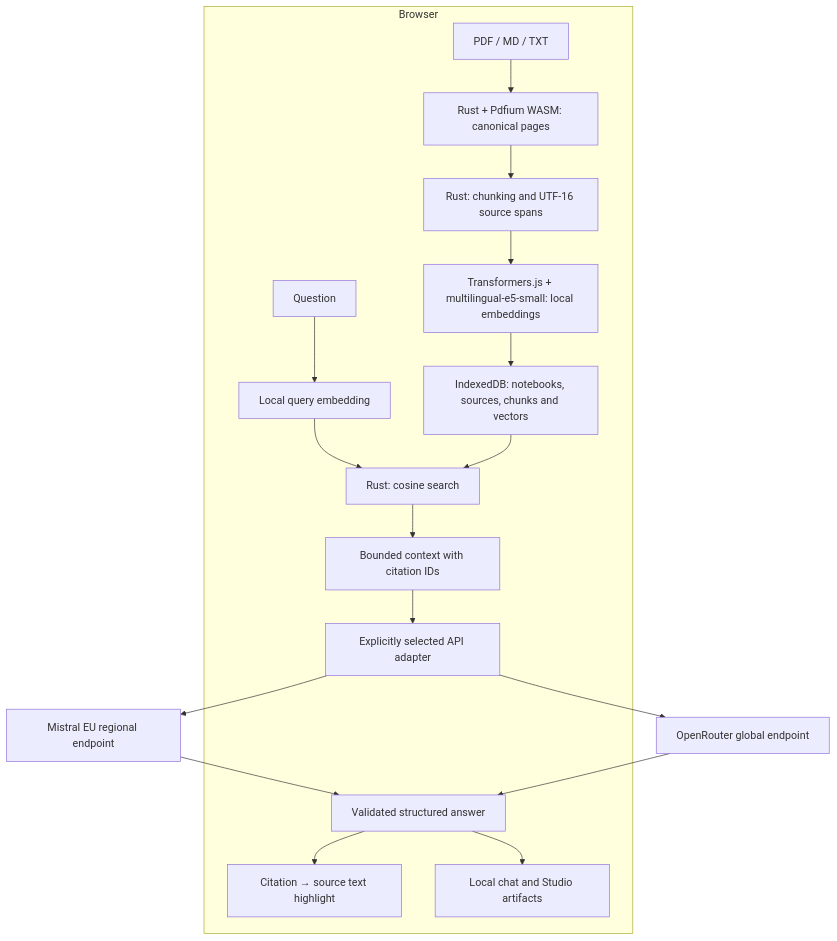
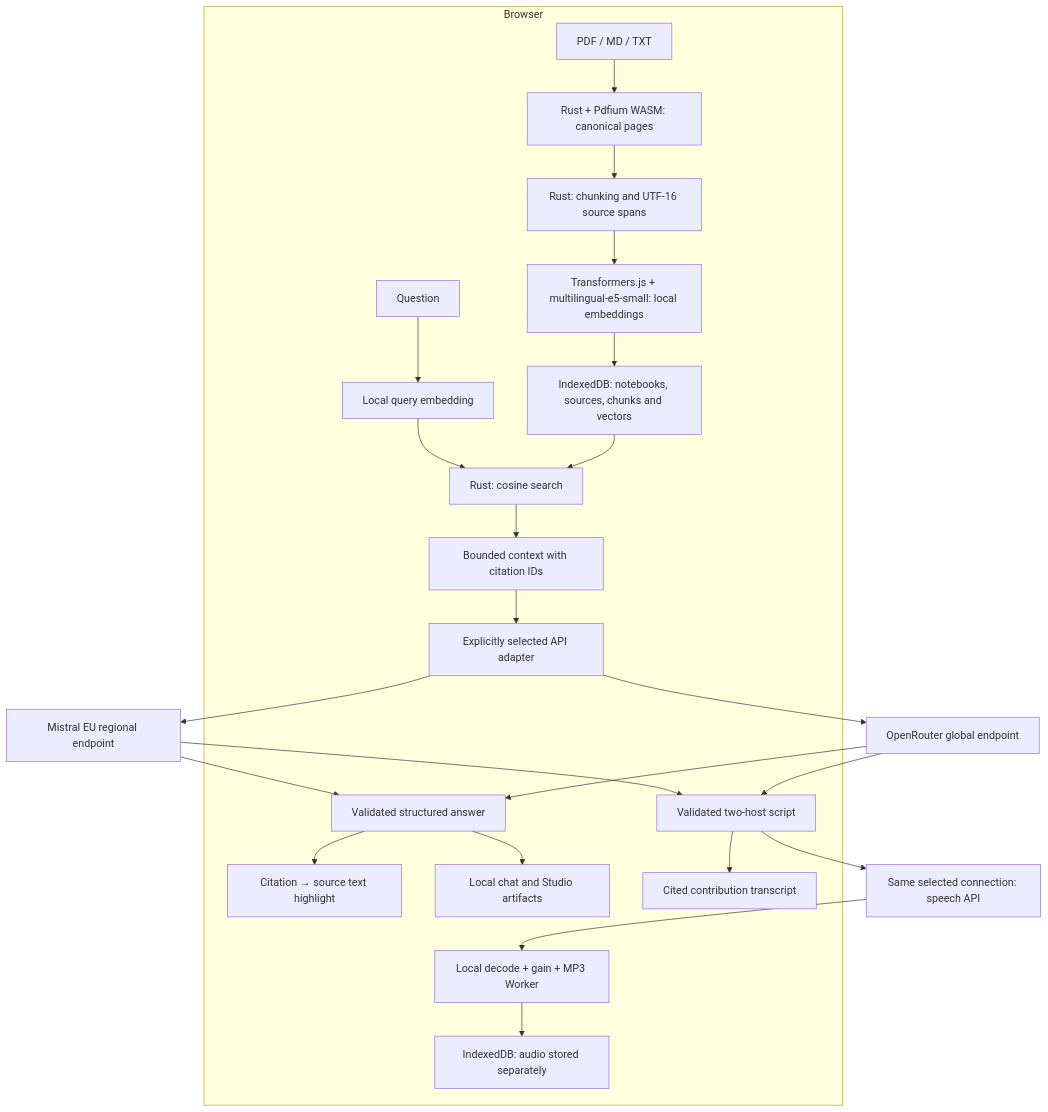
One commit to VikingOwl91/research-bench changed the diagram in README.md. Above: the diagram before and after it, drawn with Mermaid. The commit also changed other lines of this file and 71 other files, not shown here.

````diff
--- a/README.md
+++ b/README.md
@@ -53,20 +135,26 @@
 ```mermaid
 flowchart TD
   subgraph Browser[Browser]
     Upload[PDF / MD / TXT] --> Parser[Rust + Pdfium WASM: canonical pages]
     Parser --> Chunks[Rust: chunking and UTF-16 source spans]
     Chunks --> Embed[Transformers.js + multilingual-e5-small: local embeddings]
     Embed --> IDB[IndexedDB: notebooks, sources, chunks and vectors]
     Question[Question] --> Query[Local query embedding]
     Query --> Retrieval[Rust: cosine search]
     IDB --> Retrieval
     Retrieval --> Context[Bounded context with citation IDs]
     Context --> Adapter[Explicitly selected API adapter]
     Answer[Validated structured answer] --> Cite[Citation → source text highlight]
     Answer --> Saved[Local chat and Studio artifacts]
+    Script[Validated two-host script] --> Transcript[Cited contribution transcript]
+    Audio[Local decode + gain + MP3 Worker] --> AudioStore[IndexedDB: audio stored separately]
   end
   Adapter --> Mistral[Mistral EU regional endpoint]
   Adapter --> Router[OpenRouter global endpoint]
   Mistral --> Answer
   Router --> Answer
+  Mistral --> Script
+  Router --> Script
+  Script --> Speech[Same selected connection: speech API]
+  Speech --> Audio
 ```
````
